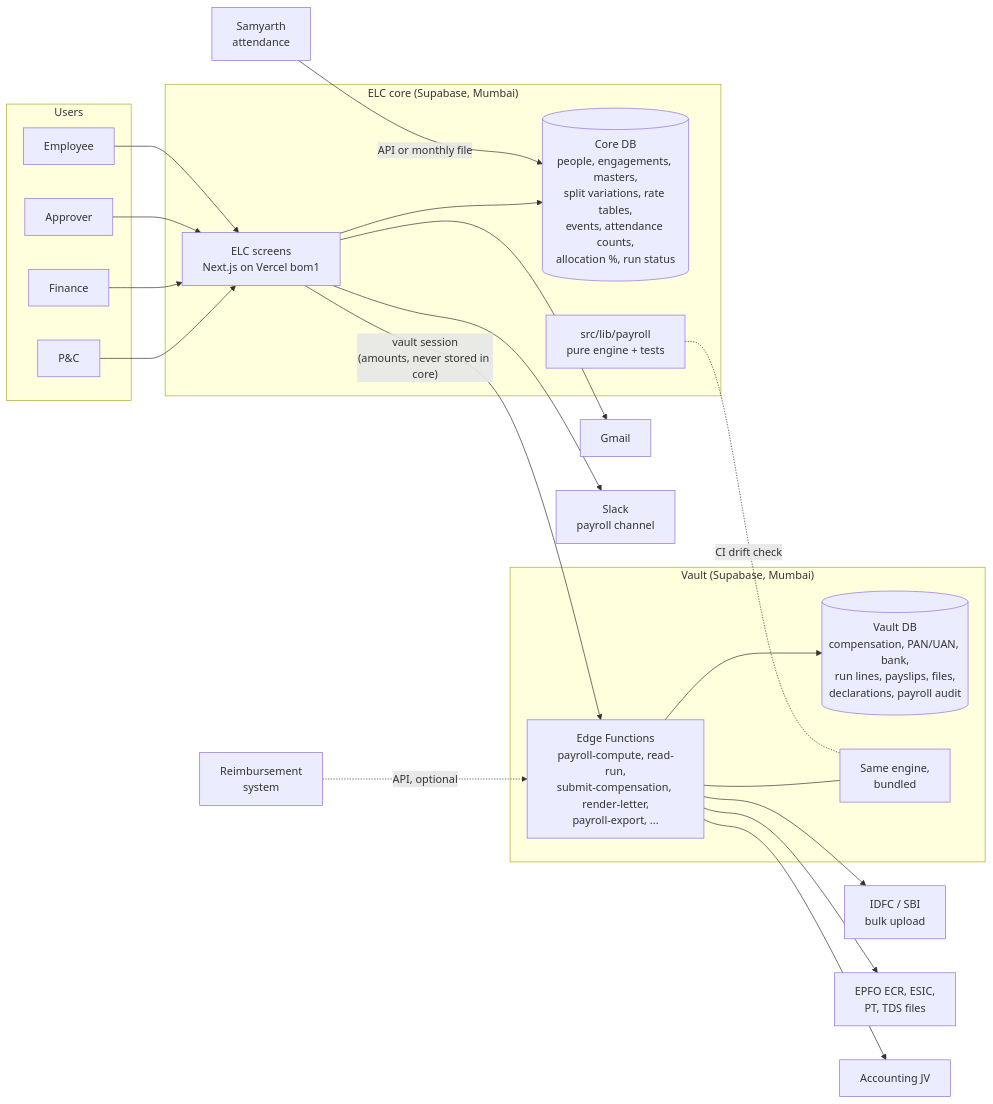
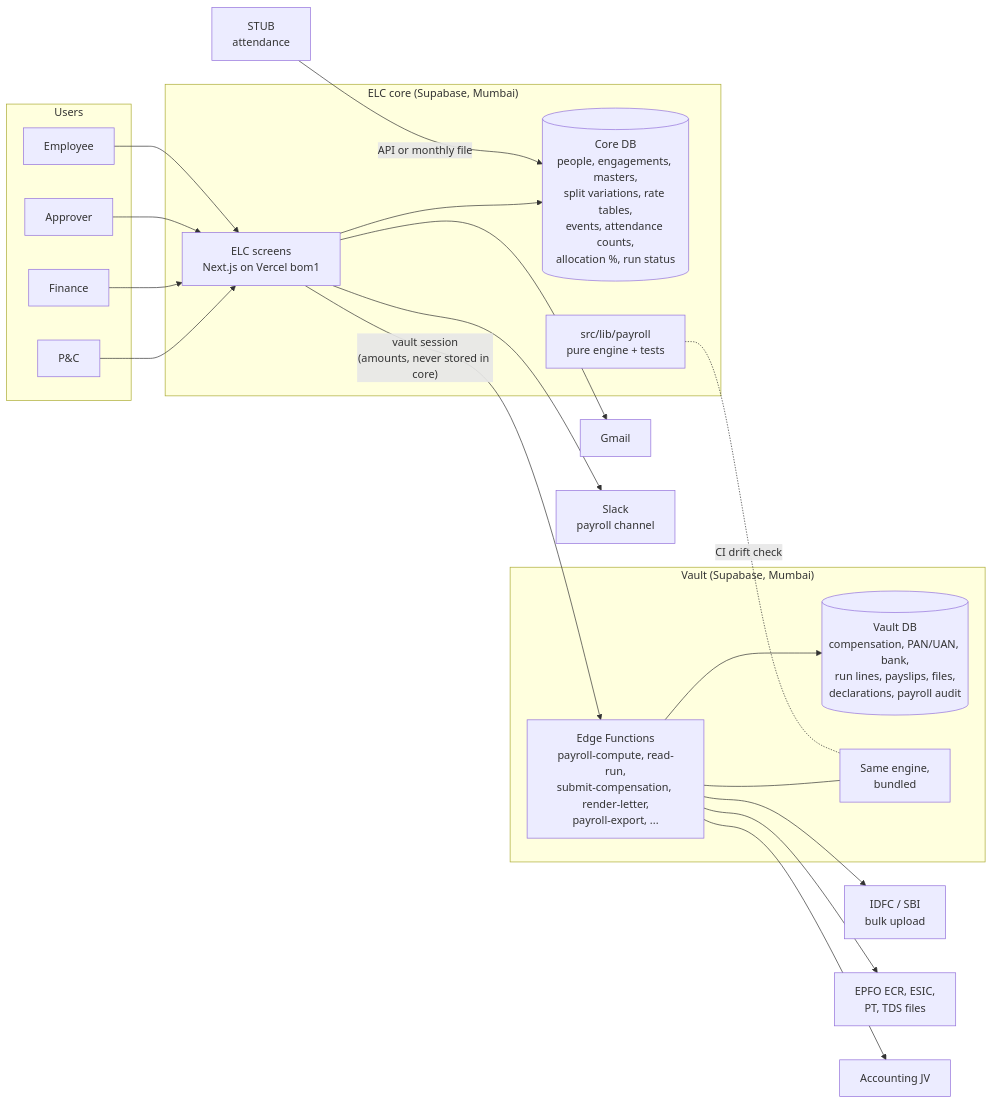
The first of 6 diagrams in docs/payroll/design.md (Sharmistha-622/pnc-elc-platform), drawn with Mermaid before and after one commit. The commit also changed other lines of this file and 5 other files, not shown here.

First line of the commit message:
docs(payroll): STUB attendance, vault tables in Phase 0, owners

````diff
--- a/docs/payroll/design.md
+++ b/docs/payroll/design.md
@@ -10,40 +10,38 @@
 ```mermaid
 flowchart LR
   subgraph Users
     PNC[P&C]
     FIN[Finance]
     APR[Approver]
     EMP[Employee]
   end
 
   subgraph Core["ELC core (Supabase, Mumbai)"]
     UI[ELC screens<br/>Next.js on Vercel bom1]
     CDB[(Core DB<br/>people, engagements, masters,<br/>split variations, rate tables,<br/>events, attendance counts,<br/>allocation %, run status)]
     ENG1[src/lib/payroll<br/>pure engine + tests]
   end
 
   subgraph Vault["Vault (Supabase, Mumbai)"]
     VF[Edge Functions<br/>payroll-compute, read-run,<br/>submit-compensation, render-letter,<br/>payroll-export, ...]
     VDB[(Vault DB<br/>compensation, PAN/UAN, bank,<br/>run lines, payslips, files,<br/>declarations, payroll audit)]
     ENG2[Same engine,<br/>bundled]
   end
 
-  SAM[Samyarth<br/>attendance]
-  REIM[Reimbursement<br/>system]
+  SAM[STUB<br/>attendance]
   BANK[IDFC / SBI<br/>bulk upload]
   STAT[EPFO ECR, ESIC,<br/>PT, TDS files]
   ACC[Accounting JV]
   MAIL[Gmail]
   SLK[Slack<br/>payroll channel]
 
   PNC & FIN & APR & EMP --> UI
   UI --> CDB
   UI -- "vault session<br/>(amounts, never stored in core)" --> VF
   VF --> VDB
   VF --- ENG2
   ENG1 -. "CI drift check" .- ENG2
   SAM -- "API or monthly file" --> CDB
-  REIM -. "API, optional" .-> VF
   VF --> BANK & STAT & ACC
   UI --> MAIL & SLK
 ```
````
